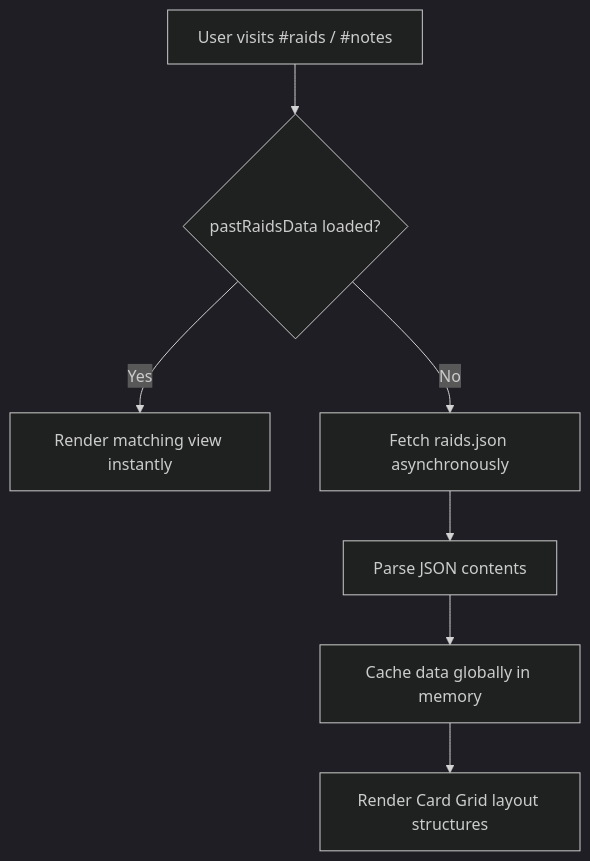
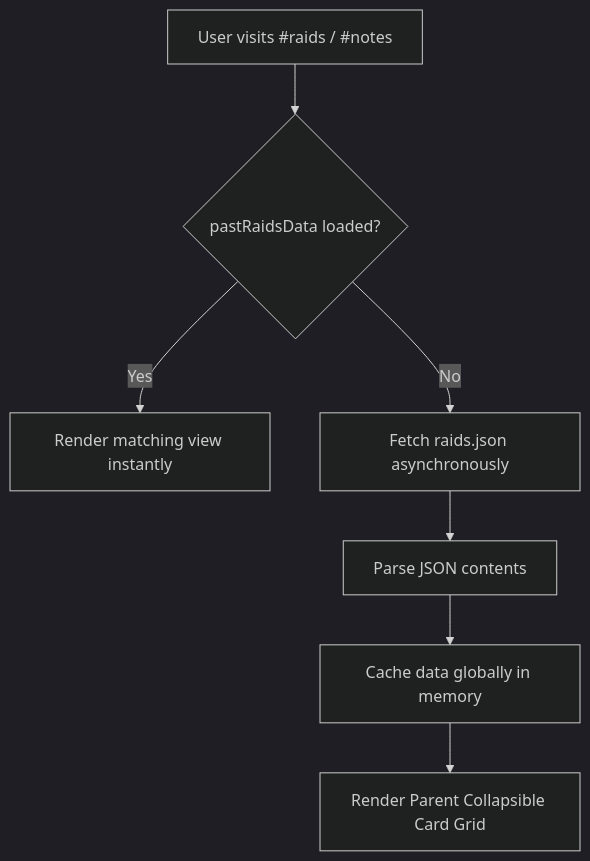
Before and after one commit to oU1TS/events: the diagram in learning.md, drawn with Mermaid (dark theme). The commit also changed other lines of this file and 9 other files, not shown here.

````diff
--- a/learning.md
+++ b/learning.md
@@ -82,9 +85,9 @@
 ```mermaid
 graph TD
     A[User visits #raids / #notes] --> B{pastRaidsData loaded?}
     B -- Yes --> C[Render matching view instantly]
     B -- No --> D[Fetch raids.json asynchronously]
     D --> E[Parse JSON contents]
     E --> F[Cache data globally in memory]
-    F --> G[Render Card Grid layout structures]
+    F --> G[Render Parent Collapsible Card Grid]
 ```
````
